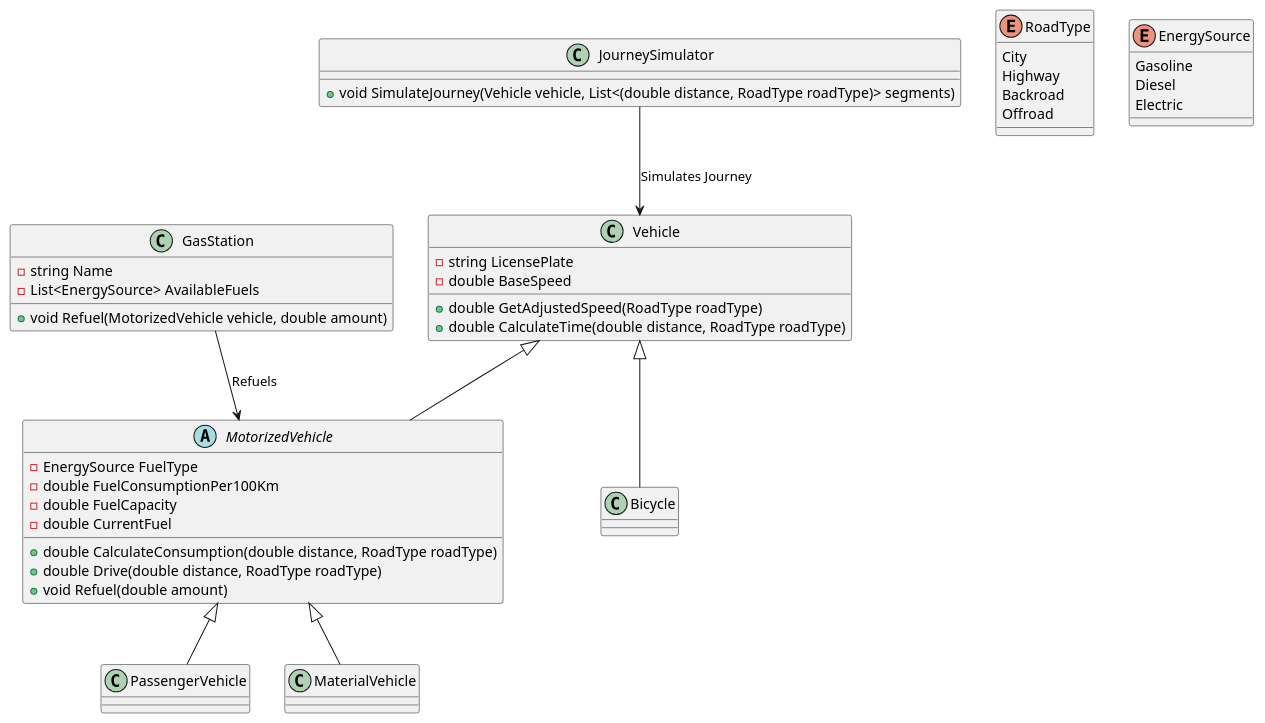
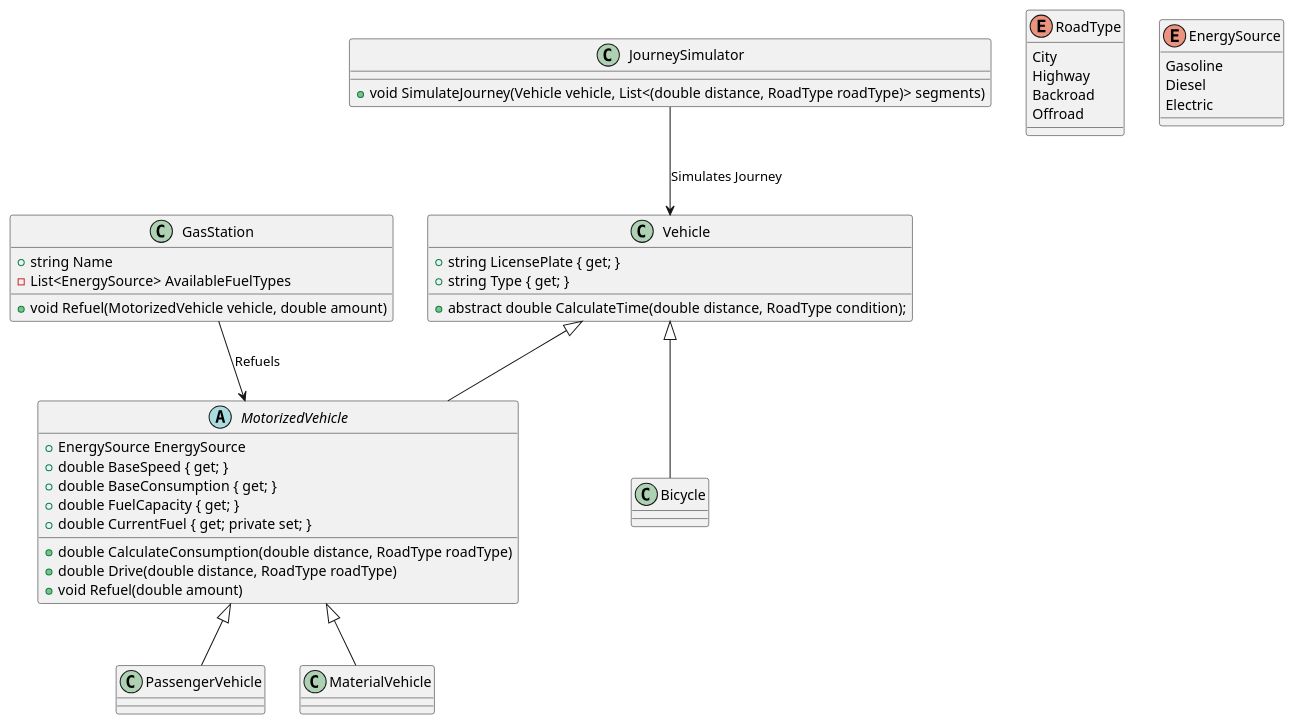
One commit to dvinibrahimagic/vehicles changed the diagram in OOD and OOP/Vehicles2/Vehicles.puml. Above: the diagram before and after it, drawn with PlantUML.

Commit message:
PUML finsa

```diff
--- a/OOD and OOP/Vehicles2/Vehicles.puml
+++ b/OOD and OOP/Vehicles2/Vehicles.puml
@@ -1,60 +1,60 @@
 @startuml
 
-' Definition der Hauptklasse Vehicle
+' main class
 class Vehicle {
-    - string LicensePlate
-    - double BaseSpeed
-    + double GetAdjustedSpeed(RoadType roadType)
-    + double CalculateTime(double distance, RoadType roadType)
+    + string LicensePlate { get; }
+    + string Type { get; }
+    + abstract double CalculateTime(double distance, RoadType condition);
 }
 
 abstract class MotorizedVehicle {
-    - EnergySource FuelType
-    - double FuelConsumptionPer100Km
-    - double FuelCapacity
-    - double CurrentFuel
+    + EnergySource EnergySource
+    + double BaseSpeed { get; }
+    + double BaseConsumption { get; }
+    + double FuelCapacity { get; }
+    + double CurrentFuel { get; private set; }
     + double CalculateConsumption(double distance, RoadType roadType)
     + double Drive(double distance, RoadType roadType)
     + void Refuel(double amount)
 }
 
 class PassengerVehicle
 class MaterialVehicle
 class Bicycle
 
 MotorizedVehicle <|-- PassengerVehicle
 MotorizedVehicle <|-- MaterialVehicle
 Vehicle <|-- MotorizedVehicle
 Vehicle <|-- Bicycle
 
-' Definition von Enums
+' enums
 enum RoadType {
     City
     Highway
     Backroad
     Offroad
 }
 
 enum EnergySource {
     Gasoline
     Diesel
     Electric
 }
 
-' Definition der Tankstelle
+' def gas station
 class GasStation {
-    - string Name
-    - List<EnergySource> AvailableFuels
+    + string Name
+    - List<EnergySource> AvailableFuelTypes
     + void Refuel(MotorizedVehicle vehicle, double amount)
 }
 
-' Definition der Journey-Simulation
+' def journey sim
 class JourneySimulator {
     + void SimulateJourney(Vehicle vehicle, List<(double distance, RoadType roadType)> segments)
 }
 
-' Beziehungen
+' collabs
 GasStation --> MotorizedVehicle : "Refuels"
 JourneySimulator --> Vehicle : "Simulates Journey"
 
 @enduml
```
